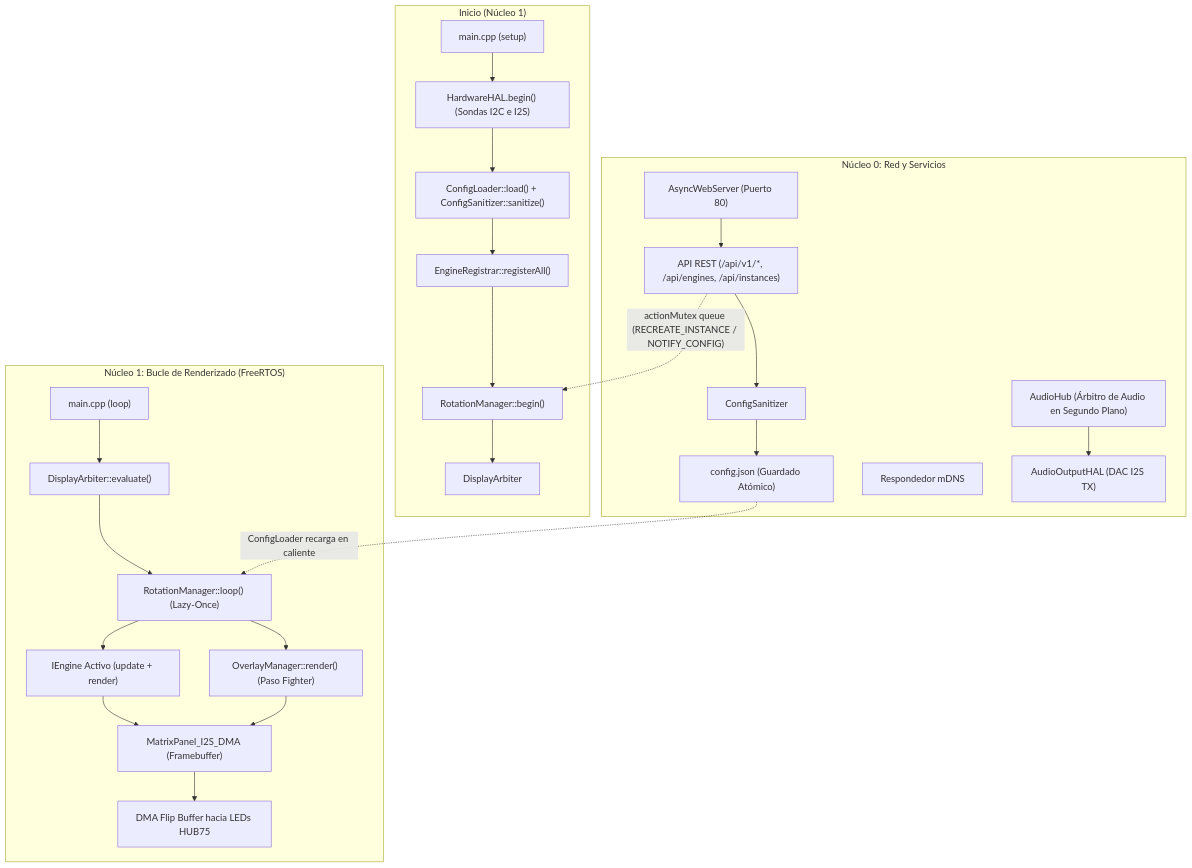
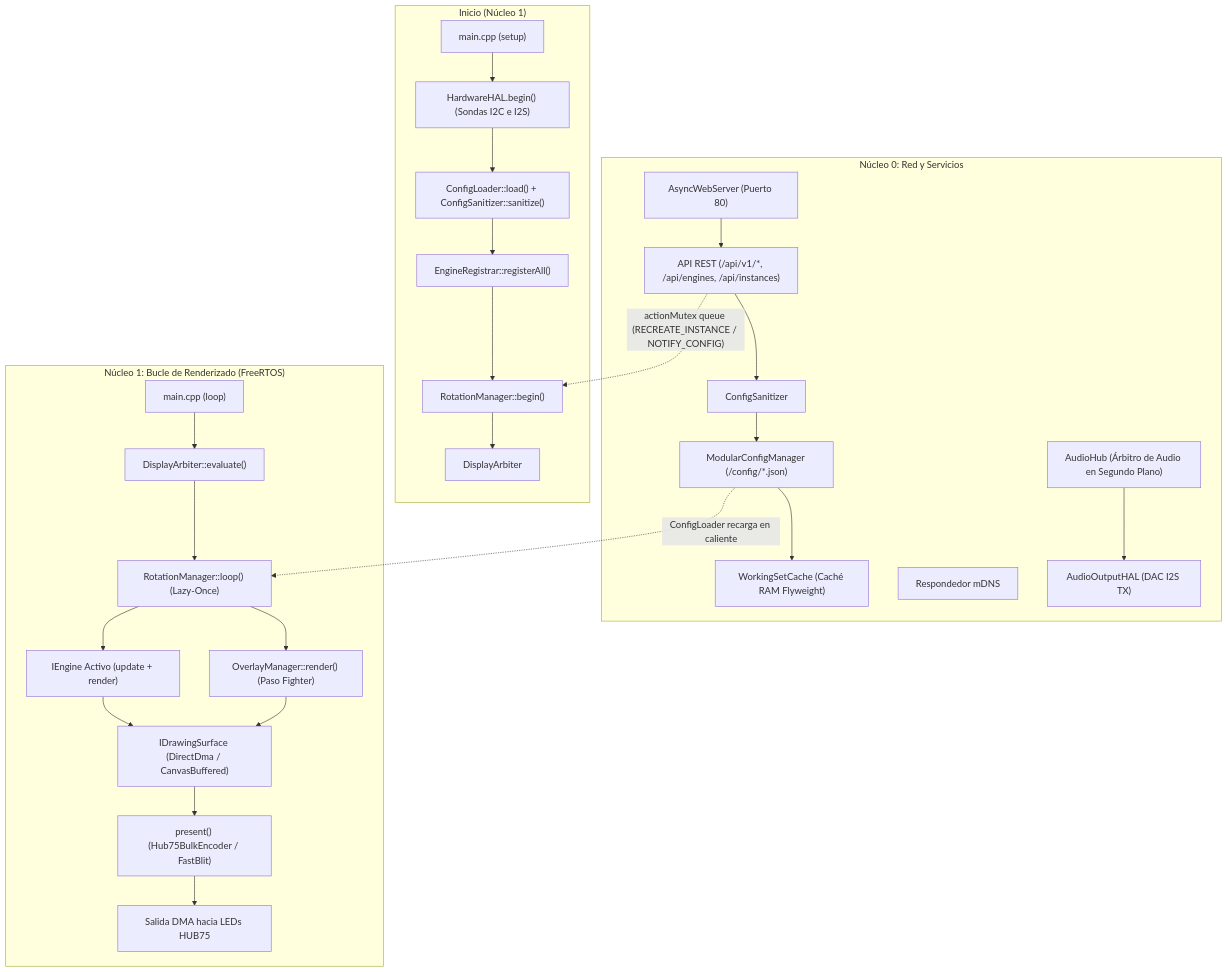
The first of 3 diagrams in docs/ARCHITECTURE_ES.md (red77290/ArcadeMatrix), drawn with Mermaid before and after one commit. The commit also changed other lines of this file and 268 other files, not shown here.

````diff
--- a/docs/ARCHITECTURE_ES.md
+++ b/docs/ARCHITECTURE_ES.md
@@ -48,33 +48,35 @@
 ```mermaid
 flowchart TD
     subgraph Boot["Inicio (Núcleo 1)"]
         MAIN["main.cpp (setup)"] --> HAL["HardwareHAL.begin() (Sondas I2C e I2S)"]
         HAL --> CFG["ConfigLoader::load() + ConfigSanitizer::sanitize()"]
         CFG --> REG["EngineRegistrar::registerAll()"]
         REG --> RM["RotationManager::begin()"]
         RM --> ARB["DisplayArbiter"]
     end
 
     subgraph Core0["Núcleo 0: Red y Servicios"]
         WS["AsyncWebServer (Puerto 80)"]
         WS --> API["API REST (/api/v1/*, /api/engines, /api/instances)"]
         API --> SAN["ConfigSanitizer"]
-        SAN --> SAVE["config.json (Guardado Atómico)"]
+        SAN --> SAVE["ModularConfigManager (/config/*.json)"]
+        SAVE --> WSC["WorkingSetCache (Caché RAM Flyweight)"]
         MDNS["Respondedor mDNS"]
         AH["AudioHub (Árbitro de Audio en Segundo Plano)"]
         AH --> AHAL["AudioOutputHAL (DAC I2S TX)"]
     end
 
     subgraph Core1["Núcleo 1: Bucle de Renderizado (FreeRTOS)"]
         LOOP["main.cpp (loop)"] --> ARB_EVAL["DisplayArbiter::evaluate()"]
         ARB_EVAL --> RM_LOOP["RotationManager::loop() (Lazy-Once)"]
         RM_LOOP --> ENG["IEngine Activo (update + render)"]
-        ENG --> MATRIX["MatrixPanel_I2S_DMA (Framebuffer)"]
+        ENG --> SURFACE["IDrawingSurface (DirectDma / CanvasBuffered)"]
         RM_LOOP --> OV["OverlayManager::render() (Paso Fighter)"]
-        OV --> MATRIX
-        MATRIX --> DMA["DMA Flip Buffer hacia LEDs HUB75"]
+        OV --> SURFACE
+        SURFACE --> PRESENT["present() (Hub75BulkEncoder / FastBlit)"]
+        PRESENT --> DMA["Salida DMA hacia LEDs HUB75"]
     end
 
     API -.->|"actionMutex queue (RECREATE_INSTANCE / NOTIFY_CONFIG)"| RM
     SAVE -.->|"ConfigLoader recarga en caliente"| RM_LOOP
 ```
````
